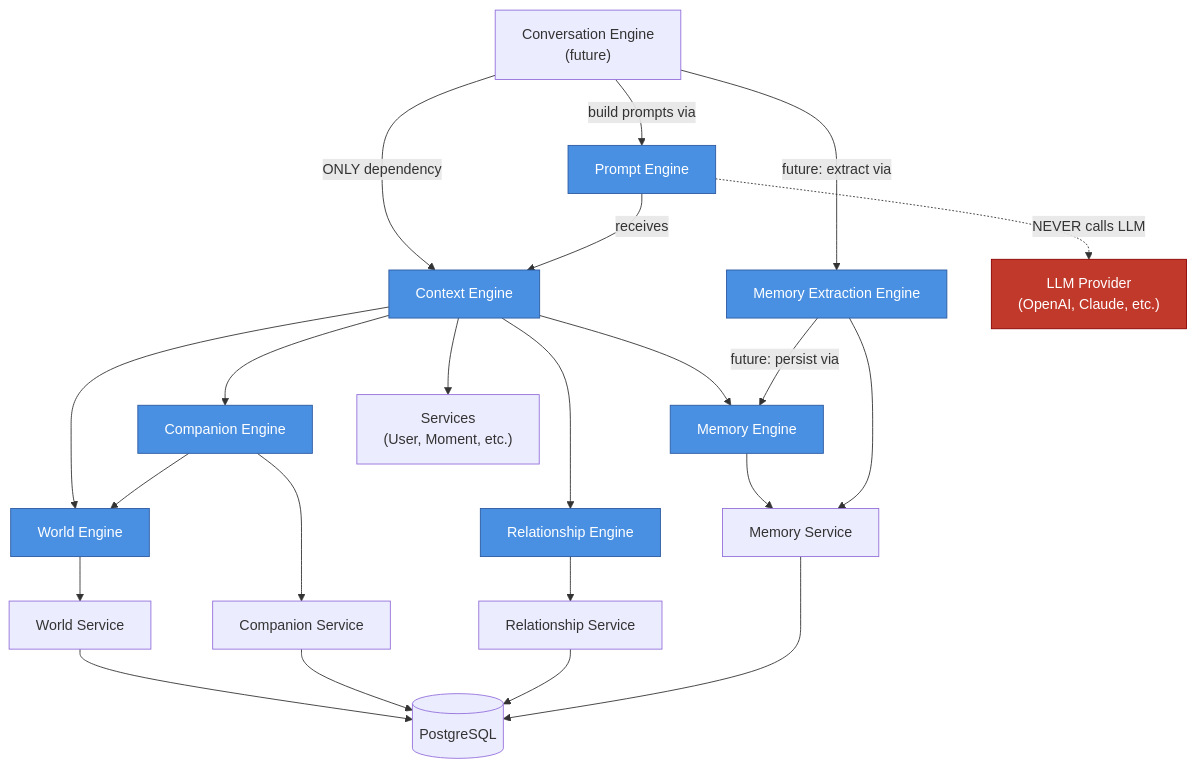
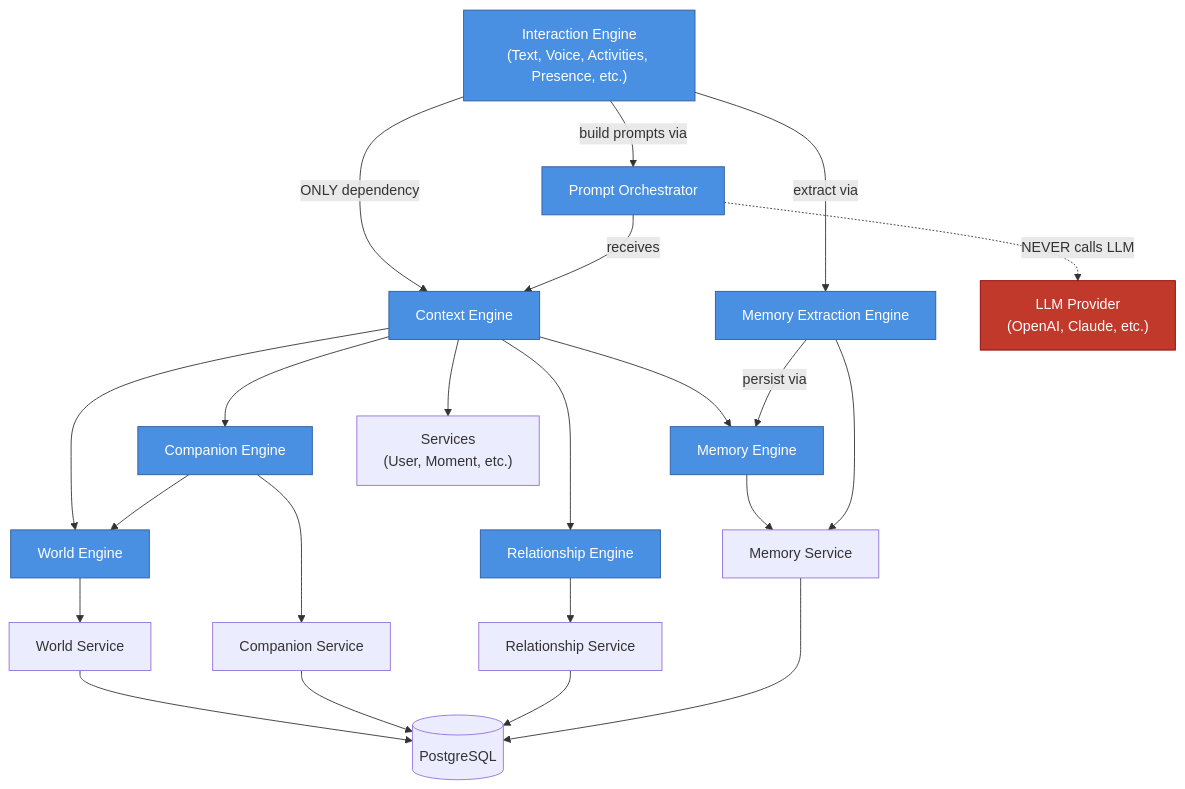
The first of 2 diagrams in src/engines/README.md (shubhamagar123/featherlite), drawn with Mermaid before and after one commit. The commit also changed other lines of this file and 26 other files, not shown here.

````diff
--- a/src/engines/README.md
+++ b/src/engines/README.md
@@ -28,38 +29,38 @@
 ```mermaid
 flowchart TD
-    CVE["Conversation Engine<br/>(future)"]
+    IE["Interaction Engine<br/>(Text, Voice, Activities, Presence, etc.)"]
 
-    CVE -->|"ONLY dependency"| CTX["Context Engine"]
-    CVE -->|"build prompts via"| PROMPT["Prompt Engine"]
+    IE -->|"ONLY dependency"| CTX["Context Engine"]
+    IE -->|"build prompts via"| PROMPT["Prompt Orchestrator"]
 
     CTX --> WE["World Engine"]
     CTX --> CE["Companion Engine"]
     CTX --> RE["Relationship Engine"]
     CTX --> ME["Memory Engine"]
     CTX --> SVC["Services<br/>(User, Moment, etc.)"]
 
     CE --> WE
 
     PROMPT -->|"receives"| CTX
 
-    CVE -->|"future: extract via"| MEE["Memory Extraction Engine"]
-    MEE -->|"future: persist via"| ME
+    IE -->|"extract via"| MEE["Memory Extraction Engine"]
+    MEE -->|"persist via"| ME
 
     WE --> WS["World Service"]
     CE --> CS["Companion Service"]
     RE --> RS["Relationship Service"]
     ME --> MS["Memory Service"]
     MEE --> MS
 
     WS --> DB[("PostgreSQL")]
     CS --> DB
     RS --> DB
     MS --> DB
 
     PROMPT -. "NEVER calls LLM" .-> LLM["LLM Provider<br/>(OpenAI, Claude, etc.)"]
 
     classDef engine fill:#4a90e2,stroke:#2c5aa0,color:#fff
     classDef forbidden fill:#c0392b,stroke:#8b0000,color:#fff
-    class WE,CE,RE,ME,MEE,CTX,PROMPT engine
+    class WE,CE,RE,ME,MEE,CTX,PROMPT,IE engine
     class LLM forbidden
 ```
````
